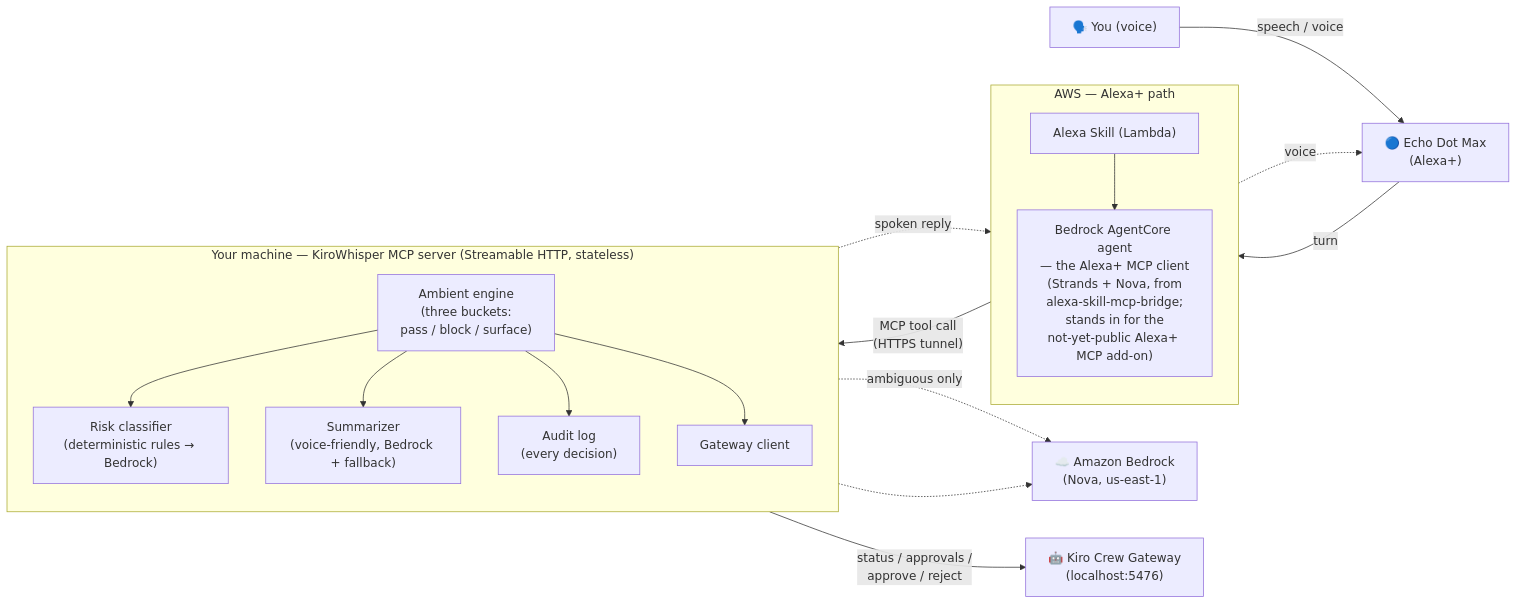
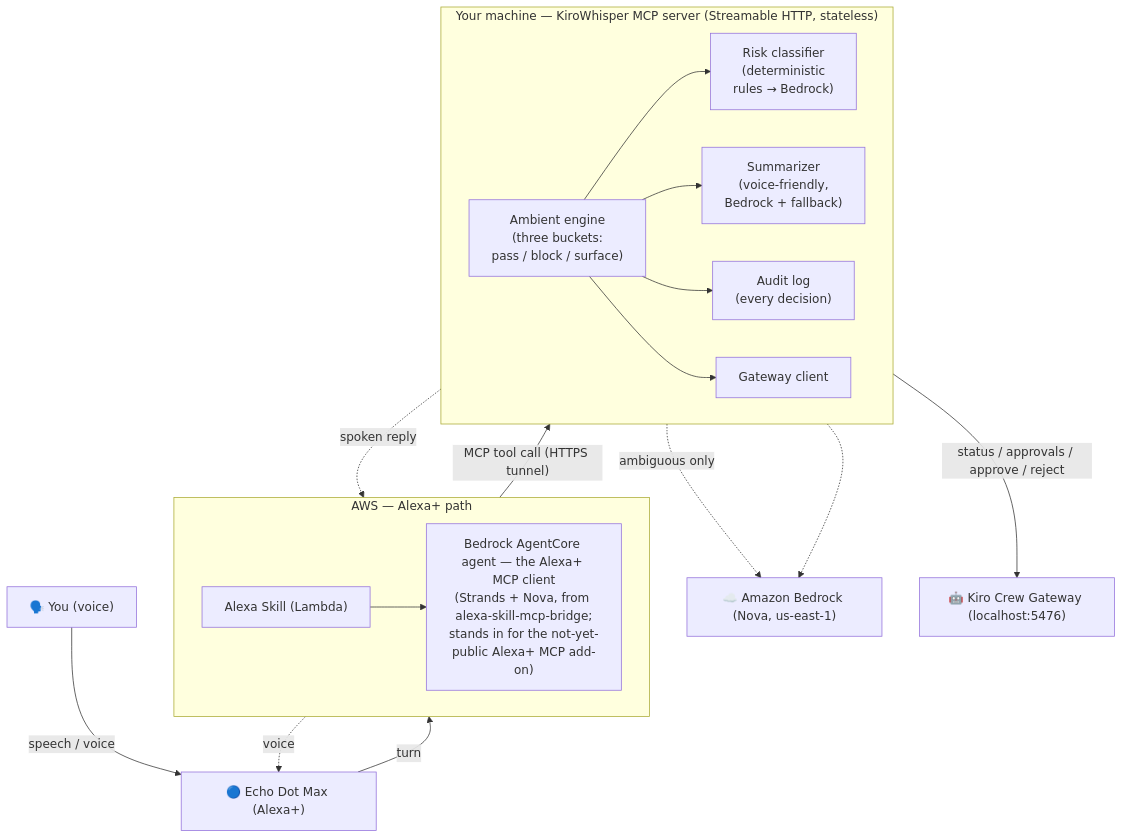
Before and after one commit to memetcircus/kirowhisper: the diagram in docs/architecture.mmd, drawn with Mermaid. The commit also changed 2 other files, not shown here.

Commit message:
docs: taller architecture diagram (TB flow, LR subgraphs) for bigger boxes

```diff
--- a/docs/architecture.mmd
+++ b/docs/architecture.mmd
@@ -1,35 +1,35 @@
-graph LR
+graph TB
     User["🗣️ You (voice)"]
-    Echo["🔵 Echo Dot Max<br/>(Alexa+)"]
+    Echo["🔵 Echo Dot Max (Alexa+)"]
 
     subgraph AWS ["AWS — Alexa+ path"]
-        direction TB
+        direction LR
         Skill["Alexa Skill (Lambda)"]
-        Agent["Bedrock AgentCore agent<br/>— the Alexa+ MCP client<br/>(Strands + Nova, from<br/>alexa-skill-mcp-bridge;<br/>stands in for the<br/>not-yet-public Alexa+ MCP add-on)"]
+        Agent["Bedrock AgentCore agent — the Alexa+ MCP client<br/>(Strands + Nova, from alexa-skill-mcp-bridge;<br/>stands in for the not-yet-public Alexa+ MCP add-on)"]
         Skill --> Agent
     end
 
     subgraph Local ["Your machine — KiroWhisper MCP server (Streamable HTTP, stateless)"]
-        direction TB
+        direction LR
         Ambient["Ambient engine<br/>(three buckets:<br/>pass / block / surface)"]
-        Risk["Risk classifier<br/>(deterministic rules → Bedrock)"]
-        Summ["Summarizer<br/>(voice-friendly, Bedrock + fallback)"]
+        Risk["Risk classifier<br/>(deterministic<br/>rules → Bedrock)"]
+        Summ["Summarizer<br/>(voice-friendly,<br/>Bedrock + fallback)"]
         Audit["Audit log<br/>(every decision)"]
         GW["Gateway client"]
         Ambient --> Risk
         Ambient --> Summ
         Ambient --> Audit
         Ambient --> GW
     end
 
-    Bedrock["☁️ Amazon Bedrock<br/>(Nova, us-east-1)"]
-    Crew["🤖 Kiro Crew Gateway<br/>(localhost:5476)"]
+    Bedrock["☁️ Amazon Bedrock (Nova, us-east-1)"]
+    Crew["🤖 Kiro Crew Gateway (localhost:5476)"]
 
     User -->|"speech / voice"| Echo
     Echo -->|"turn"| Skill
-    Agent -->|"MCP tool call<br/>(HTTPS tunnel)"| Ambient
+    Agent -->|"MCP tool call (HTTPS tunnel)"| Ambient
     Ambient -.->|"spoken reply"| Agent
     Agent -.->|"voice"| Echo
     Risk -.->|"ambiguous only"| Bedrock
     Summ -.-> Bedrock
-    GW -->|"status / approvals /<br/>approve / reject"| Crew
+    GW -->|"status / approvals / approve / reject"| Crew
```
